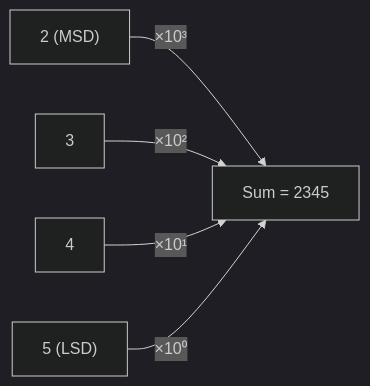
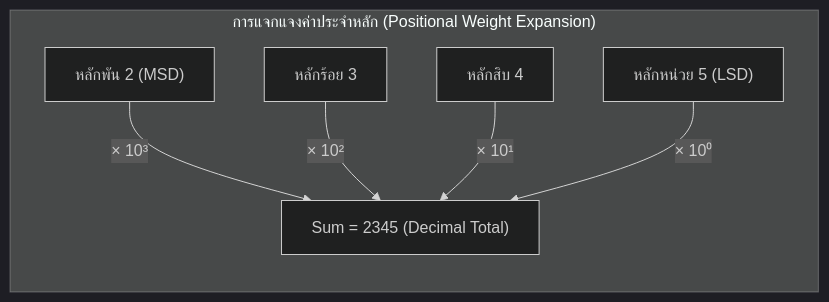
One commit to PhuriphatTyPeZ3r0/Course-1322201-Digital-Logic-Design-2026 changed the second of 2 diagrams in 01_Lectures/Week1/Number-System-Basics.md. Above: the diagram before and after it, drawn with Mermaid (dark theme). The commit also changed other lines of this file and 18 other files, not shown here.

Commit message:
refactor: standardize diagrams to UML specifications across notes and templates

````diff
--- a/01_Lectures/Week1/Number-System-Basics.md
+++ b/01_Lectures/Week1/Number-System-Basics.md
@@ -73,8 +74,9 @@
 ```mermaid
 flowchart LR
-    a["2 (MSD)"] -->|"×10³"| s
-    b["3"] -->|"×10²"| s
-    c["4"] -->|"×10¹"| s
-    d["5 (LSD)"] -->|"×10⁰"| s
-    s["Sum = 2345"]
+    subgraph Decompose["การแจกแจงค่าประจำหลัก (Positional Weight Expansion)"]
+        a["หลักพัน 2 (MSD)"] -->|"× 10³"| s["Sum = 2345 (Decimal Total)"]
+        b["หลักร้อย 3"] -->|"× 10²"| s
+        c["หลักสิบ 4"] -->|"× 10¹"| s
+        d["หลักหน่วย 5 (LSD)"] -->|"× 10⁰"| s
+    end
 ```
````
